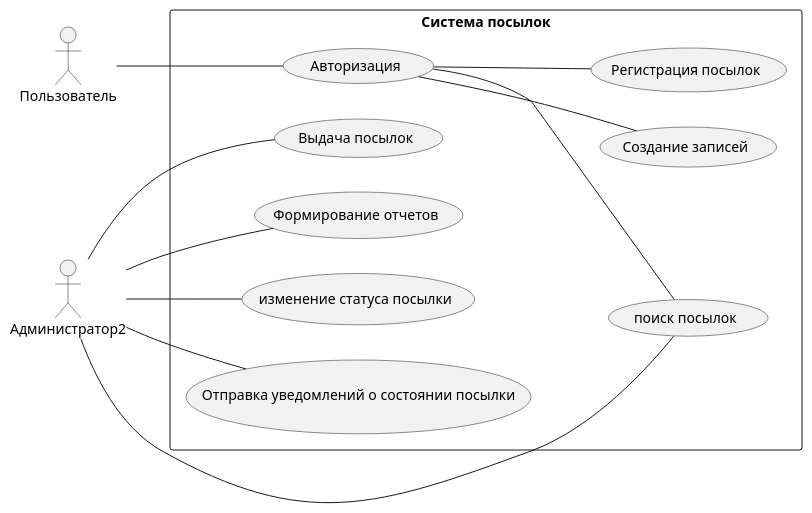
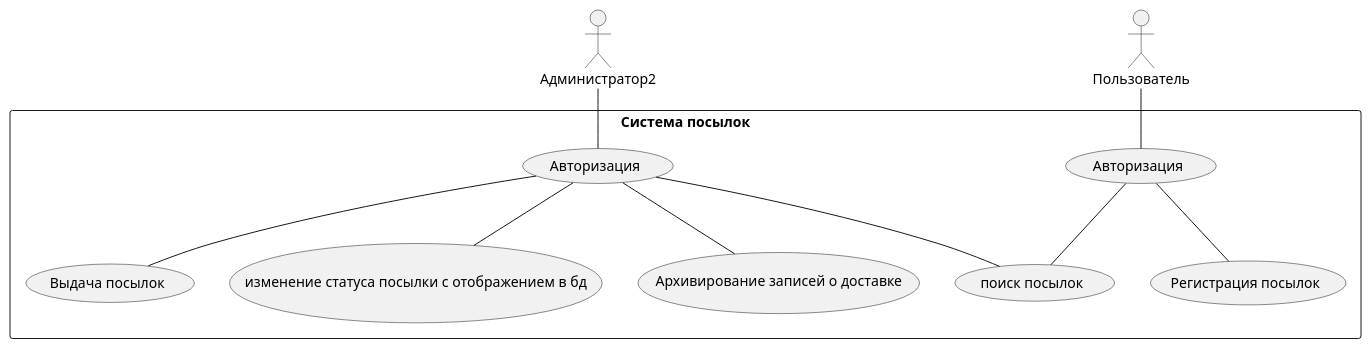
Before and after one commit to TEGI02/Lab3.1: the diagram in Case/UseCase.puml, drawn with PlantUML. The commit also changed 8 other files, not shown here.

```diff
--- a/Case/UseCase.puml
+++ b/Case/UseCase.puml
@@ -1,25 +1,22 @@
 @startuml
-left to right direction
 skinparam packageStyle rectangle
 actor "Администратор2" as User1
 package "Система посылок" {
     usecase "Регистрация посылок" as UC_RegisterOf
-    usecase "Создание записей" as UC_Creation
     usecase "Выдача посылок" as UC_issuance
-    usecase "Формирование отчетов" as UC_report
+    usecase "Архивирование записей о доставке" as UC_report
     usecase "поиск посылок" as UC_search
-    usecase "изменение статуса посылки" as UC_status
-    usecase "Отправка уведомлений о состоянии посылки" as UC_notific
+    usecase "изменение статуса посылки с отображением в бд" as UC_status
     usecase "Авторизация" as UC_Register
+    usecase "Авторизация" as UC_Register2
 }
 actor "Пользователь" as User2
-User1 -- UC_issuance
-User1 -- UC_report
-User1 -- UC_search
-User1 -- UC_status
-User1 -- UC_notific
+User1 -- UC_Register2
+UC_Register2 -- UC_issuance
+UC_Register2 -- UC_report
+UC_Register2 -- UC_search
+UC_Register2 -- UC_status
 User2 -- UC_Register
-UC_Register -- UC_Creation
 UC_Register -- UC_search
 UC_Register -- UC_RegisterOf
 @enduml
```
